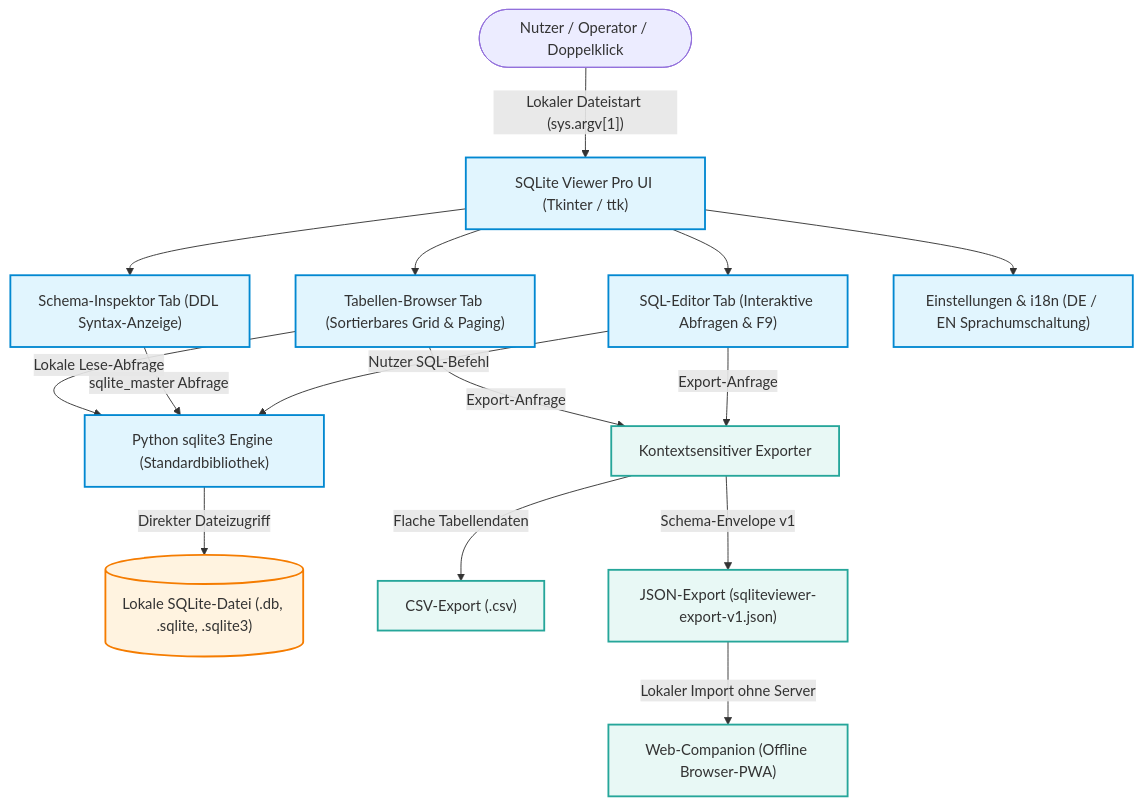
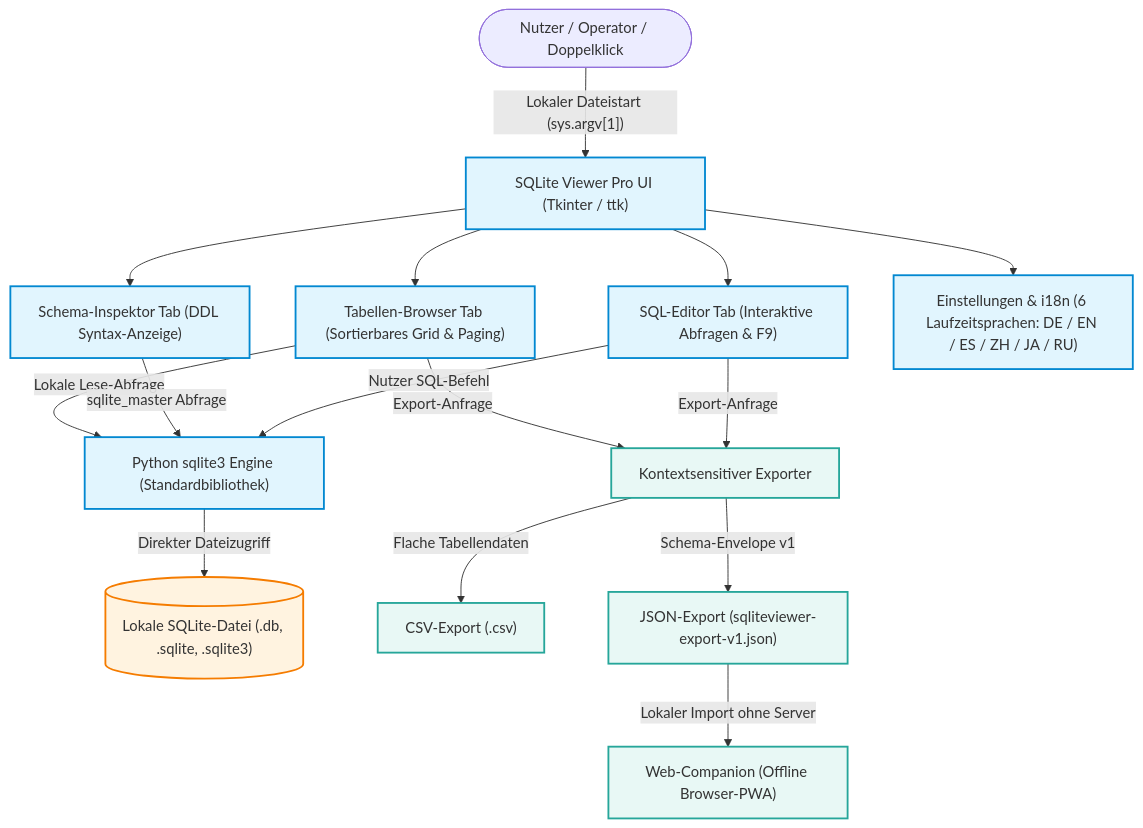
One commit to file-bricks/SQLiteViewer changed the first of 2 diagrams in README_de.md. Above: the diagram before and after it, drawn with Mermaid. The commit also changed other lines of this file and 4 other files, not shown here.

````diff
--- a/README_de.md
+++ b/README_de.md
@@ -110,29 +110,29 @@
 ```mermaid
 flowchart TD
     User(["Nutzer / Operator / Doppelklick"]) -->|"Lokaler Dateistart (sys.argv[1])"| GUI["SQLite Viewer Pro UI (Tkinter / ttk)"]
     GUI --> TabData["Tabellen-Browser Tab (Sortierbares Grid & Paging)"]
     GUI --> TabSchema["Schema-Inspektor Tab (DDL Syntax-Anzeige)"]
     GUI --> TabSQL["SQL-Editor Tab (Interaktive Abfragen & F9)"]
-    GUI --> TabSettings["Einstellungen & i18n (DE / EN Sprachumschaltung)"]
+    GUI --> TabSettings["Einstellungen & i18n (6 Laufzeitsprachen: DE / EN / ES / ZH / JA / RU)"]
 
     TabData -->|"Lokale Lese-Abfrage"| DBEngine["Python sqlite3 Engine (Standardbibliothek)"]
     TabSchema -->|"sqlite_master Abfrage"| DBEngine
     TabSQL -->|"Nutzer SQL-Befehl"| DBEngine
 
     DBEngine -->|"Direkter Dateizugriff"| DBFile[("Lokale SQLite-Datei (.db, .sqlite, .sqlite3)")]
 
     TabData -->|"Export-Anfrage"| Exporter["Kontextsensitiver Exporter"]
     TabSQL -->|"Export-Anfrage"| Exporter
 
     Exporter -->|"Flache Tabellendaten"| CSVFile["CSV-Export (.csv)"]
     Exporter -->|"Schema-Envelope v1"| JSONFile["JSON-Export (sqliteviewer-export-v1.json)"]
 
     JSONFile -->|"Lokaler Import ohne Server"| Companion["Web-Companion (Offline Browser-PWA)"]
 
     classDef core fill:#e1f5fe,stroke:#0288d1,stroke-width:2px;
     classDef storage fill:#fff3e0,stroke:#f57c00,stroke-width:2px;
     classDef export fill:#e8f8f5,stroke:#26a69a,stroke-width:2px;
     class GUI,TabData,TabSchema,TabSQL,TabSettings,DBEngine core;
     class DBFile storage;
     class Exporter,CSVFile,JSONFile,Companion export;
 ```
````
